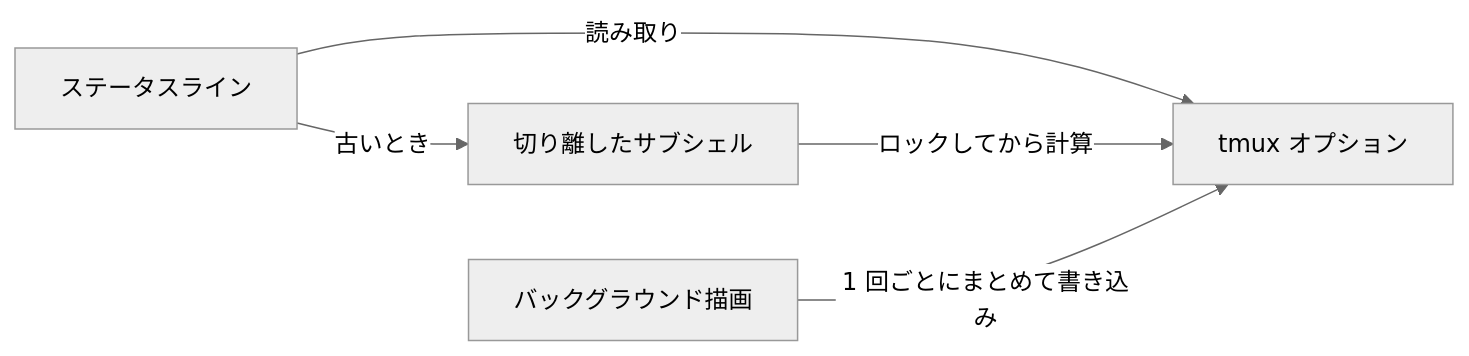
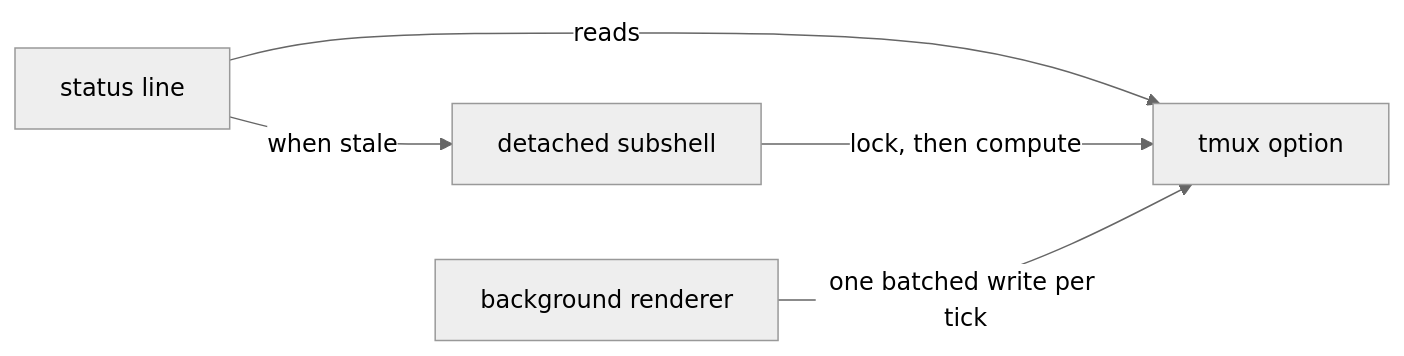
One commit to tmux-revamped/tmux-plugin-template changed the diagram in README.ja.md. Above: the diagram before and after it, drawn with Mermaid (neutral theme). The commit also changed other lines of this file and 4 other files, not shown here.

````diff
--- a/README.ja.md
+++ b/README.ja.md
@@ -118,7 +167,7 @@
 ```mermaid
 graph LR
-    Status[ステータスライン] -->|読み取り| Option[tmux オプション]
-    Status -->|古いとき| Worker[切り離したサブシェル]
-    Worker -->|ロックしてから計算| Option
-    Ticker[バックグラウンド描画] -->|1 回ごとにまとめて書き込み| Option
+    Status[status line] -->|reads| Option[tmux option]
+    Status -->|when stale| Worker[detached subshell]
+    Worker -->|lock, then compute| Option
+    Ticker[background renderer] -->|one batched write per tick| Option
 ```
````
